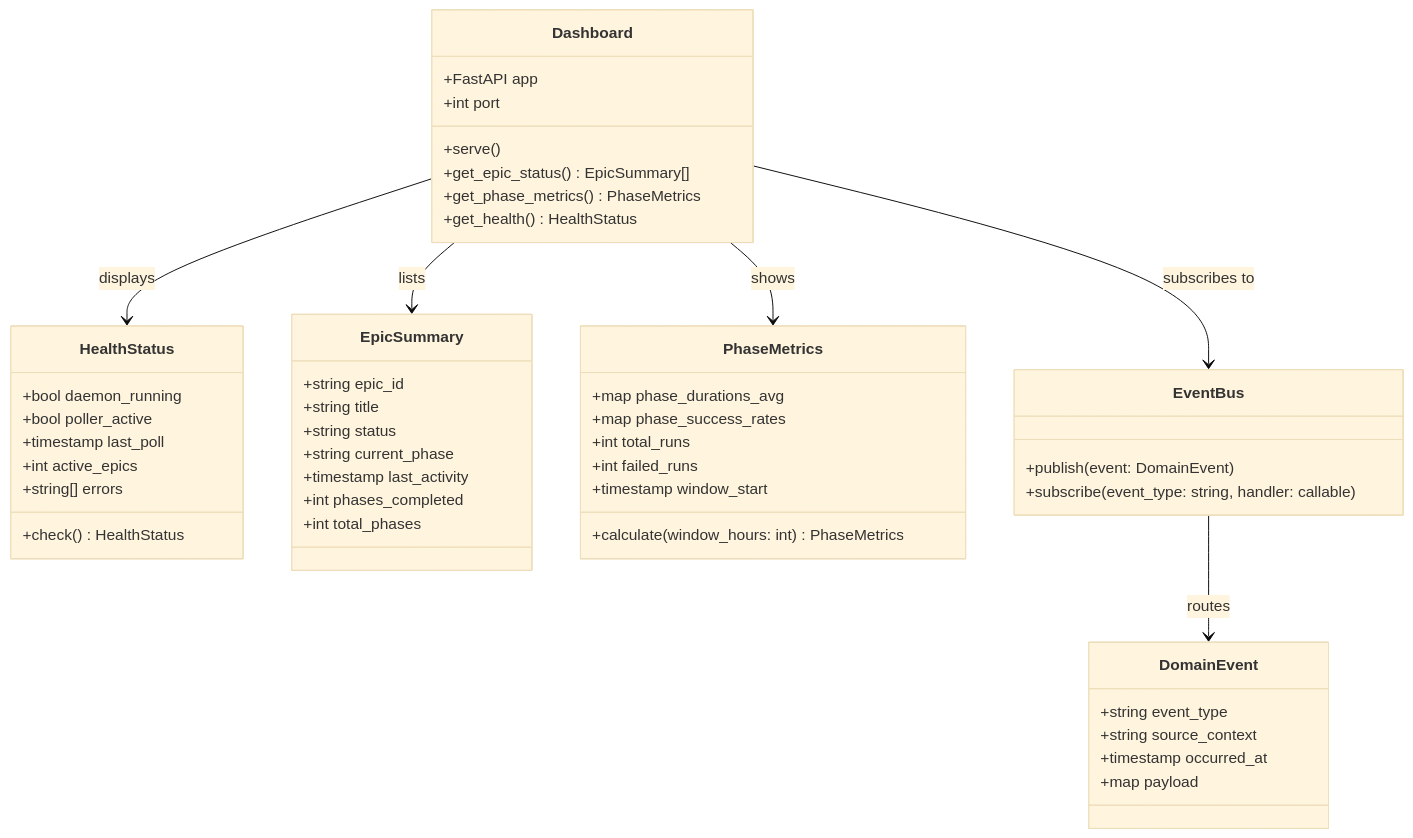
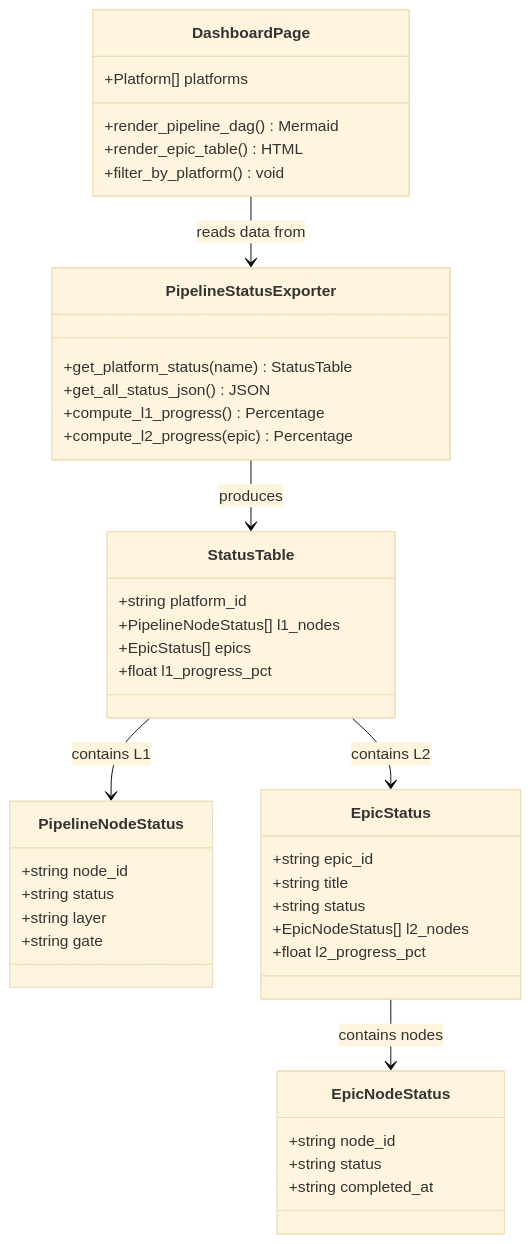
The sixth of 6 diagrams in platforms/madruga-ai/engineering/domain-model.md (paceautomations/madruga.ai), drawn with Mermaid (base theme) before and after one commit. The commit also changed other lines of this file and 71 other files, not shown here.

First line of the commit message:
feat: Epic 010 — Pipeline Dashboard, epic cleanup, repo binding, skill updates

````diff
--- a/platforms/madruga-ai/engineering/domain-model.md
+++ b/platforms/madruga-ai/engineering/domain-model.md
@@ -679,57 +560,50 @@
 ```mermaid
 classDiagram
-    class Dashboard {
-        +FastAPI app
-        +int port
-        +serve()
-        +get_epic_status() EpicSummary[]
-        +get_phase_metrics() PhaseMetrics
-        +get_health() HealthStatus
+    class DashboardPage {
+        +Platform[] platforms
+        +render_pipeline_dag() Mermaid
+        +render_epic_table() HTML
+        +filter_by_platform() void
     }
 
-    class HealthStatus {
-        +bool daemon_running
-        +bool poller_active
-        +timestamp last_poll
-        +int active_epics
-        +string[] errors
-        +check() HealthStatus
+    class PipelineStatusExporter {
+        +get_platform_status(name) StatusTable
+        +get_all_status_json() JSON
+        +compute_l1_progress() Percentage
+        +compute_l2_progress(epic) Percentage
     }
 
-    class EpicSummary {
+    class StatusTable {
+        +string platform_id
+        +PipelineNodeStatus[] l1_nodes
+        +EpicStatus[] epics
+        +float l1_progress_pct
+    }
+
+    class PipelineNodeStatus {
+        +string node_id
+        +string status
+        +string layer
+        +string gate
+    }
+
+    class EpicStatus {
         +string epic_id
         +string title
         +string status
-        +string current_phase
-        +timestamp last_activity
-        +int phases_completed
-        +int total_phases
+        +EpicNodeStatus[] l2_nodes
+        +float l2_progress_pct
     }
 
-    class PhaseMetrics {
-        +map phase_durations_avg
-        +map phase_success_rates
-        +int total_runs
-        +int failed_runs
-        +timestamp window_start
-        +calculate(window_hours: int) PhaseMetrics
+    class EpicNodeStatus {
+        +string node_id
+        +string status
+        +string completed_at
     }
 
-    class EventBus {
-        +publish(event: DomainEvent)
-        +subscribe(event_type: string, handler: callable)
-    }
-
-    class DomainEvent {
-        +string event_type
-        +string source_context
-        +timestamp occurred_at
-        +map payload
-    }
-
-    Dashboard --> HealthStatus : displays
-    Dashboard --> EpicSummary : lists
-    Dashboard --> PhaseMetrics : shows
-    EventBus --> DomainEvent : routes
-    Dashboard --> EventBus : subscribes to
+    DashboardPage --> PipelineStatusExporter : reads data from
+    PipelineStatusExporter --> StatusTable : produces
+    StatusTable --> PipelineNodeStatus : contains L1
+    StatusTable --> EpicStatus : contains L2
+    EpicStatus --> EpicNodeStatus : contains nodes
 ```
````
